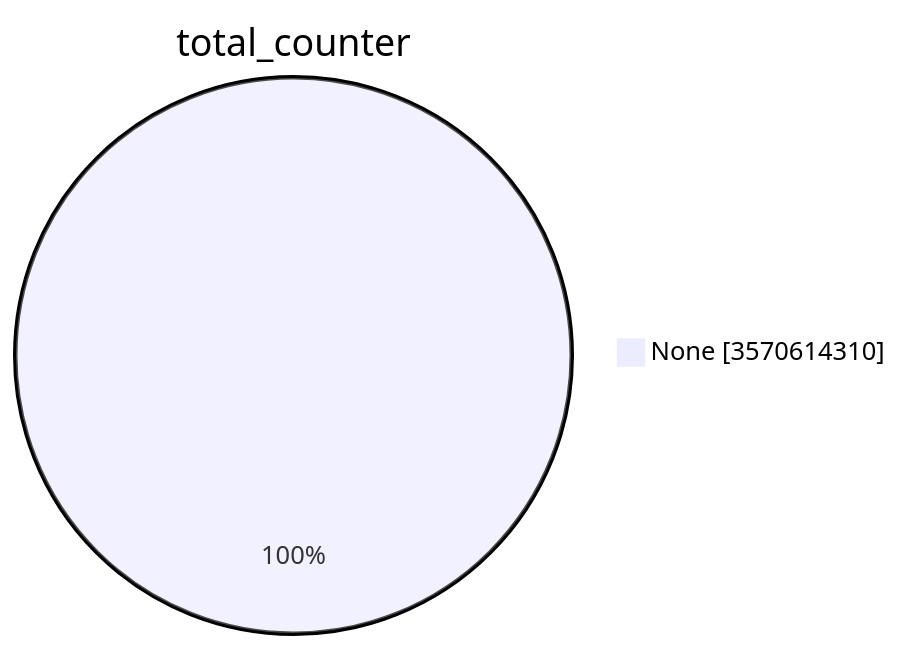
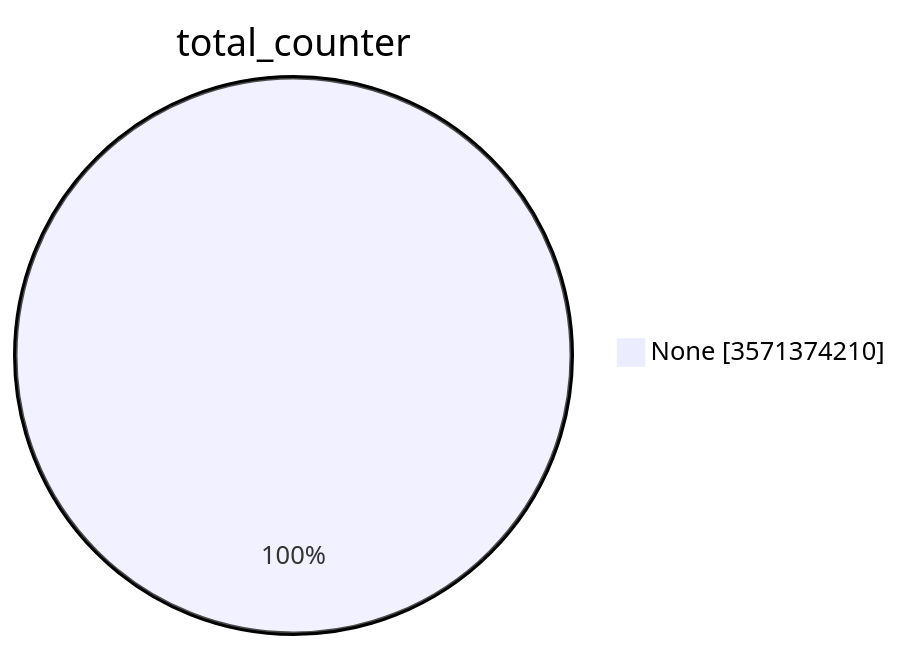
The first of 15 diagrams in TOTAL/README.md (christiankrug/ctmonitor_visualization), drawn with Mermaid before and after one commit. The commit also changed other lines of this file, not shown here.

````diff
--- a/TOTAL/README.md
+++ b/TOTAL/README.md
@@ -1,5 +1,5 @@
 ```mermaid
 pie showData
 title total_counter
-"None" :3570614310
+"None" :3571374210
 ```
````
